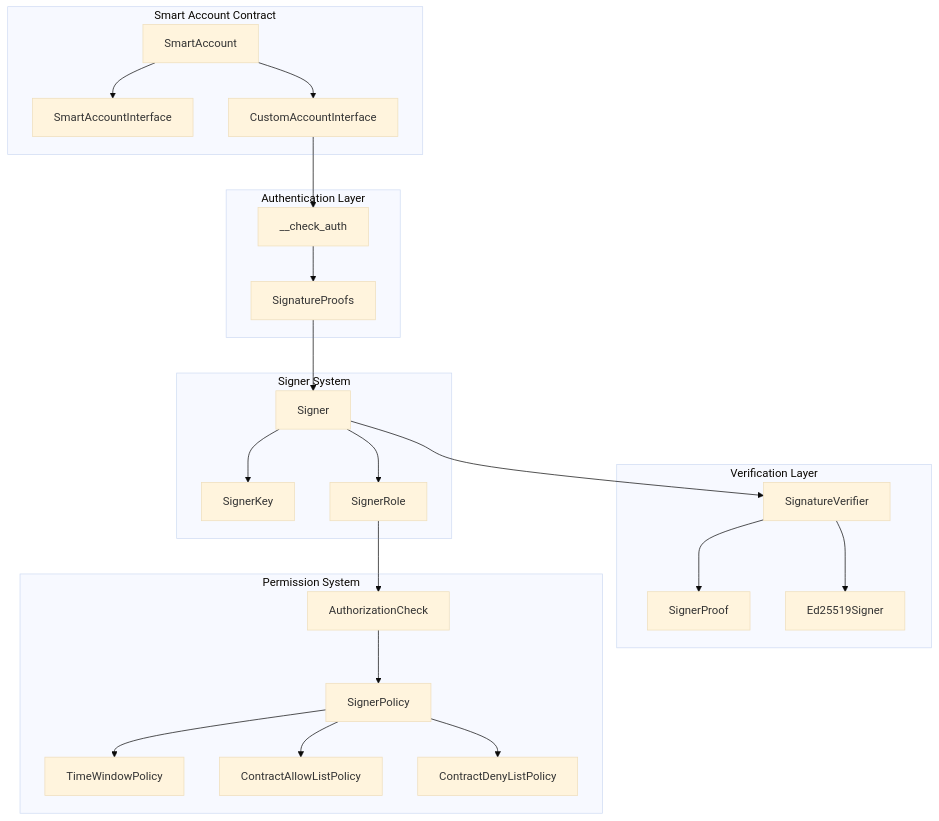
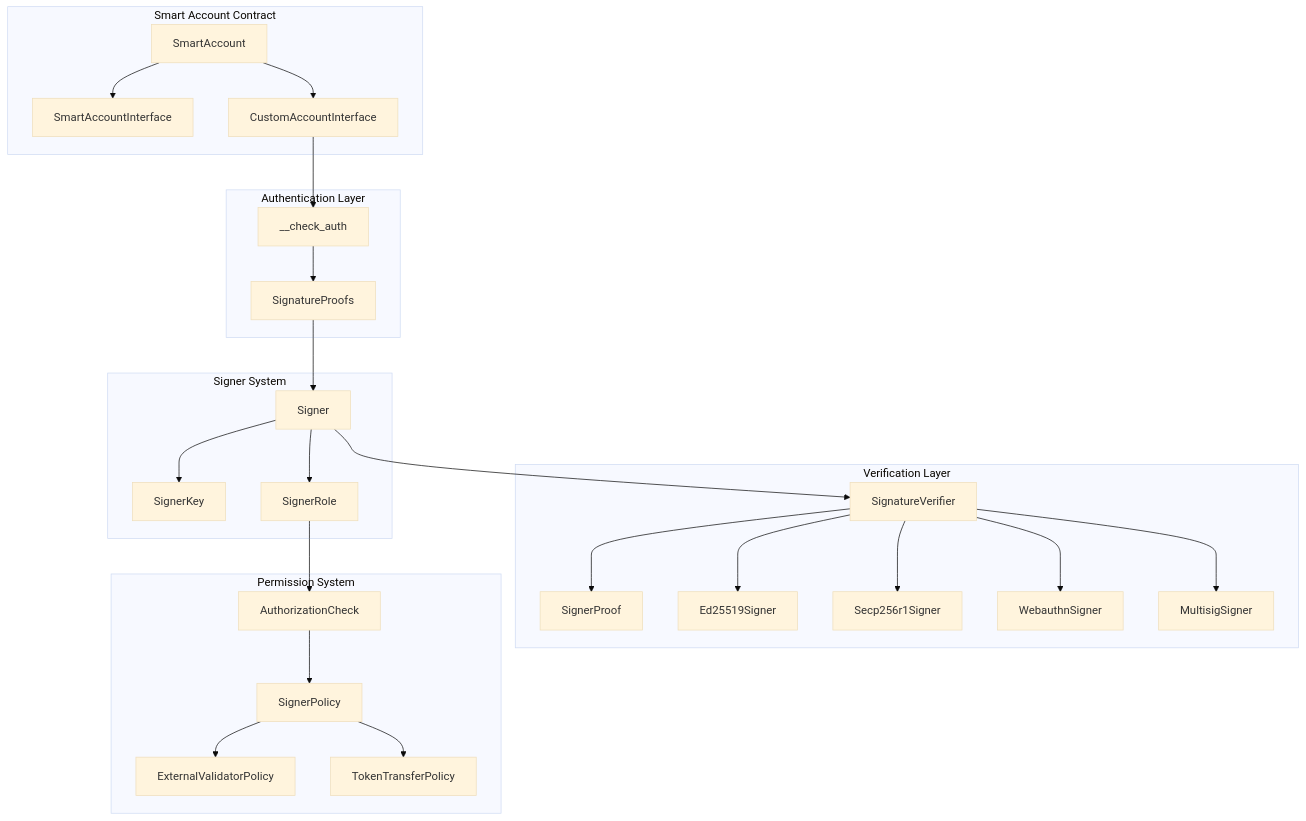
Before and after one commit to Crossmint/stellar-smart-account: the first of 5 diagrams in contracts/smart-account/README.md, drawn with Mermaid (base theme). The commit also changed other lines of this file and 2 other files, not shown here.

````diff
--- a/contracts/smart-account/README.md
+++ b/contracts/smart-account/README.md
@@ -52,53 +53,57 @@
 ```mermaid
 graph TB
     subgraph "Smart Account Contract"
         SW[SmartAccount]
         SWI[SmartAccountInterface]
         CAI[CustomAccountInterface]
         
         SW --> SWI
         SW --> CAI
     end
     
     subgraph "Authentication Layer"
         CA[__check_auth]
         AP[SignatureProofs]
         
         CAI --> CA
         CA --> AP
     end
     
     subgraph "Signer System"
         S[Signer]
         SK[SignerKey]
         SR[SignerRole]
         
         AP --> S
         S --> SK
         S --> SR
     end
     
     subgraph "Verification Layer"
         SV[SignatureVerifier]
         SP[SignerProof]
         E25[Ed25519Signer]
-        
+        S256[Secp256r1Signer]
+        WA[WebauthnSigner]
+        MS[MultisigSigner]
+
         S --> SV
         SV --> SP
         SV --> E25
+        SV --> S256
+        SV --> WA
+        SV --> MS
     end
-    
+
     subgraph "Permission System"
         PC[AuthorizationCheck]
         SPol[SignerPolicy]
-        TB[TimeWindowPolicy]
-        AL[ContractAllowListPolicy]
-        DL[ContractDenyListPolicy]
-        
+        EP[ExternalValidatorPolicy]
+        TTP[TokenTransferPolicy]
+
         SR --> PC
         PC --> SPol
-        SPol --> TB
-        SPol --> AL
-        SPol --> DL
+        SPol --> EP
+        SPol --> TTP
     end
 ```
````
